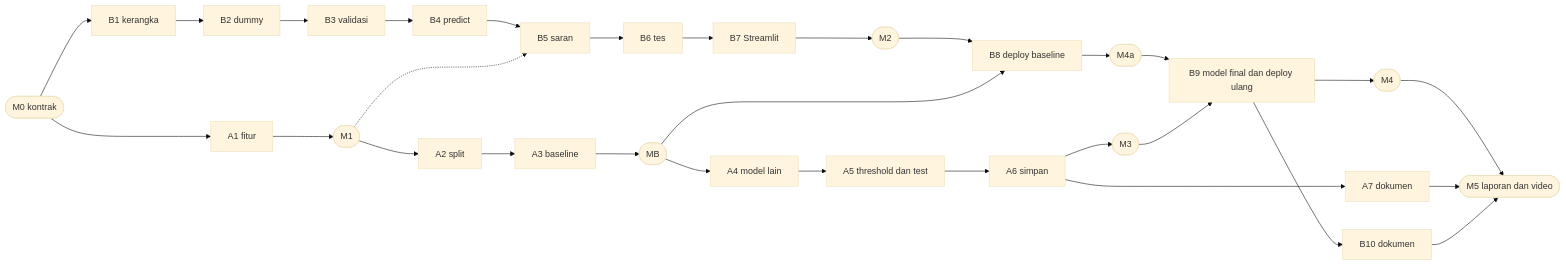
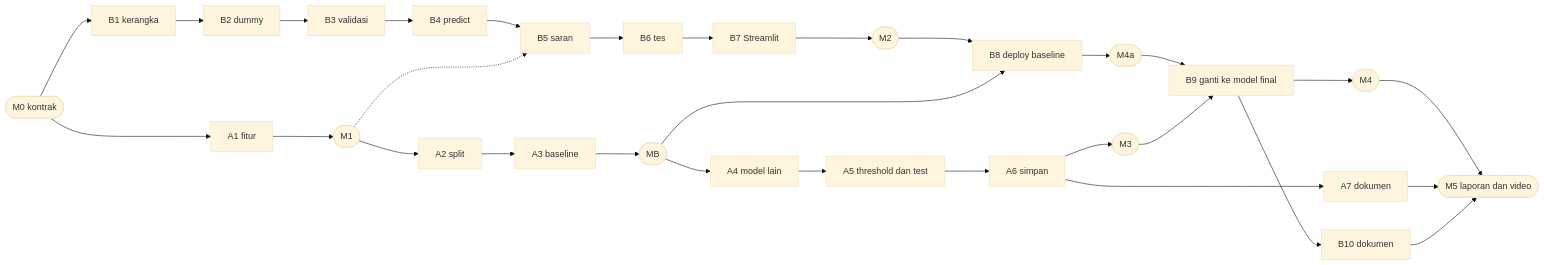
One commit to FarahAuliaKirana/qc-injection-molding changed the second of 2 diagrams in docs/PRD.md. Above: the diagram before and after it, drawn with Mermaid (base theme). The commit also changed other lines of this file and 1 other file, not shown here.

Commit message:
Dokumen: rapikan PRD dan README supaya konsisten

````diff
--- a/docs/PRD.md
+++ b/docs/PRD.md
@@ -686,14 +685,14 @@
 ```mermaid
 flowchart LR
     M0([M0 kontrak]) --> A1[A1 fitur] --> M1([M1]) --> A2[A2 split] --> A3[A3 baseline] --> MB([MB]) --> A4[A4 model lain] --> A5[A5 threshold dan test] --> A6[A6 simpan] --> M3([M3])
     M0 --> B1[B1 kerangka] --> B2[B2 dummy] --> B3[B3 validasi] --> B4[B4 predict] --> B5[B5 saran] --> B6[B6 tes] --> B7[B7 Streamlit] --> M2([M2])
     M1 -.-> B5
     M2 --> B8[B8 deploy baseline]
     MB --> B8 --> M4a([M4a])
-    M4a --> B9[B9 model final dan deploy ulang]
+    M4a --> B9[B9 ganti ke model final]
     M3 --> B9 --> M4([M4])
     A6 --> A7[A7 dokumen]
     M4 --> M5([M5 laporan dan video])
     A7 --> M5
     B9 --> B10[B10 dokumen] --> M5
 ```
````
